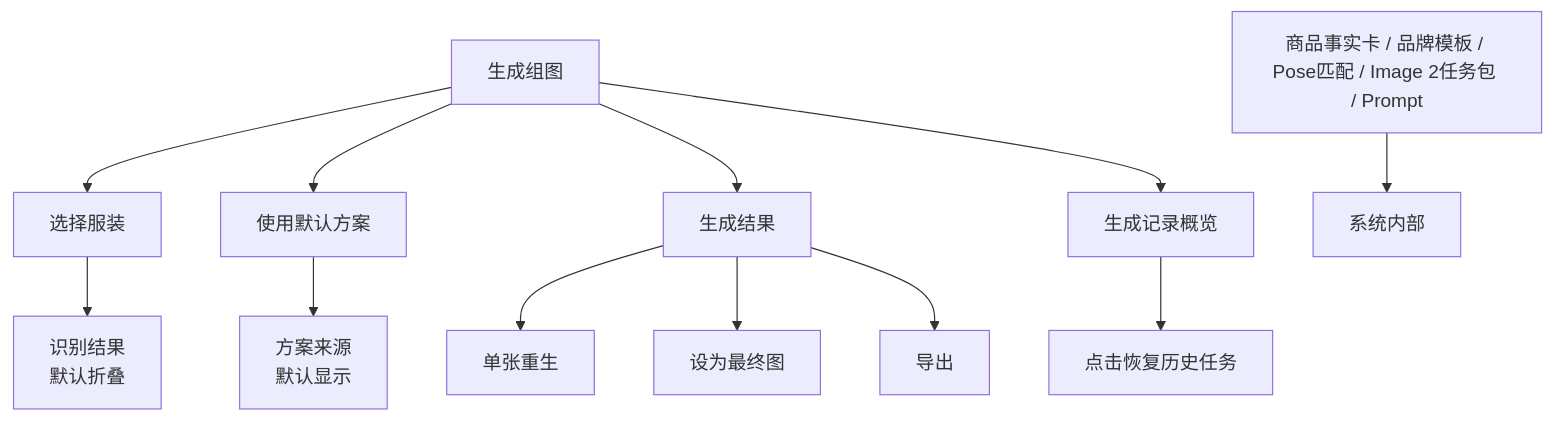
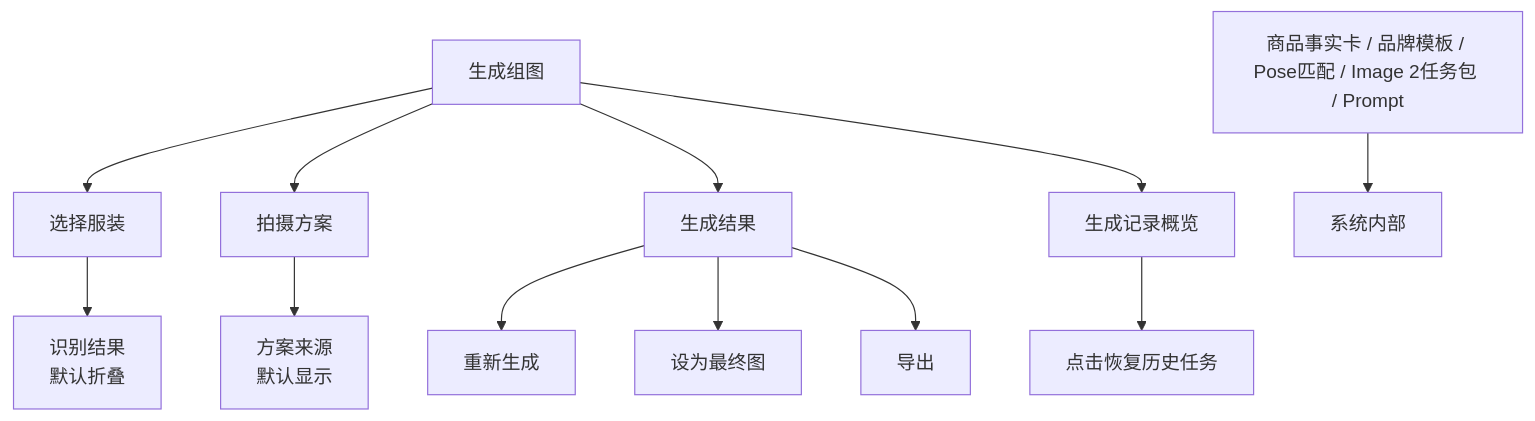
One commit to happyvchen/ruyi-dream changed the diagram in design/03_ux_guide/user_uiux.md. Above: the diagram before and after it, drawn with Mermaid. The commit also changed other lines of this file and 5 other files, not shown here.

````diff
--- a/design/03_ux_guide/user_uiux.md
+++ b/design/03_ux_guide/user_uiux.md
@@ -109,16 +109,16 @@
 ```mermaid
 flowchart TD
   A["生成组图"] --> B["选择服装"]
-  A --> C["使用默认方案"]
+  A --> C["拍摄方案"]
   A --> E["生成结果"]
   A --> F["生成记录概览"]
 
   B --> B1["识别结果<br/>默认折叠"]
   C --> C1["方案来源<br/>默认显示"]
-  E --> E1["单张重生"]
+  E --> E1["重新生成"]
   E --> E2["设为最终图"]
   E --> E3["导出"]
   F --> F1["点击恢复历史任务"]
 
   X["商品事实卡 / 品牌模板 / Pose匹配 / Image 2任务包 / Prompt"] --> Y["系统内部"]
 ```
````
